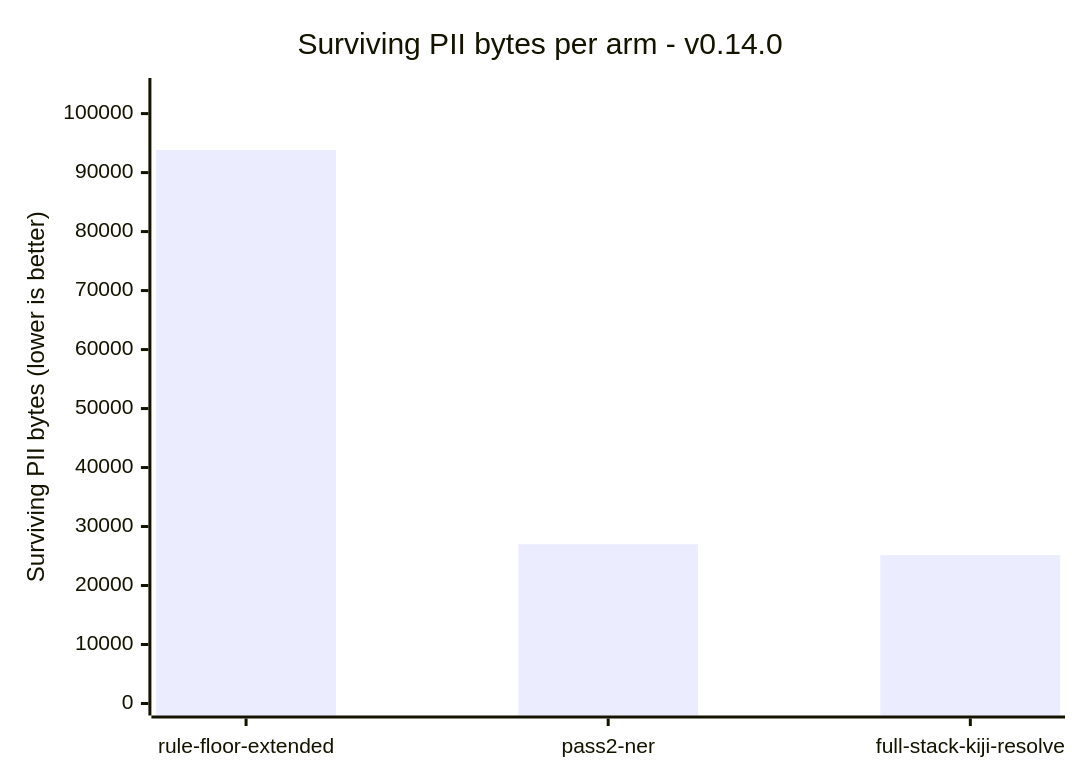
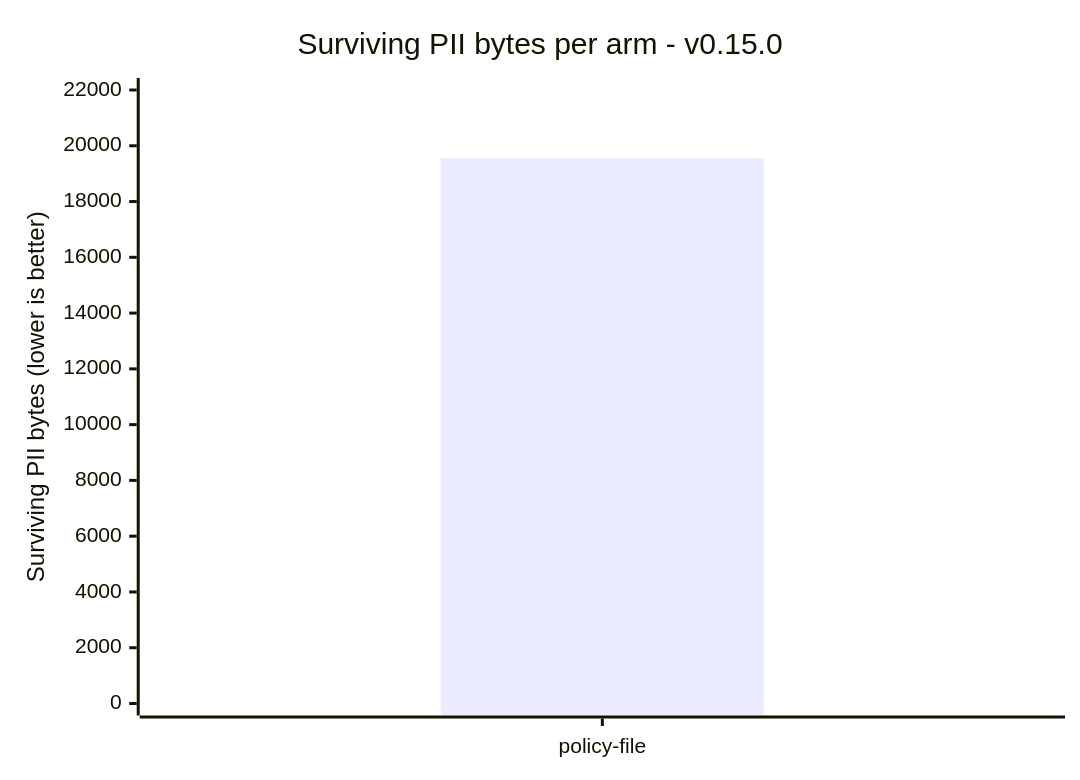
Before and after one commit to CertaMesh/gaze: the diagram in docs/reference/benchmarks/README.md, drawn with Mermaid. The commit also changed other lines of this file and 2 other files, not shown here.

First line of the commit message:
bench: v0.15.0 release benchmark row for the exact gaze setup policy

````diff
--- a/docs/reference/benchmarks/README.md
+++ b/docs/reference/benchmarks/README.md
@@ -328,7 +338,7 @@
 ```mermaid
 xychart-beta
-    title "Surviving PII bytes per arm - v0.14.0"
-    x-axis ["rule-floor-extended", "pass2-ner", "full-stack-kiji-resolve"]
-    y-axis "Surviving PII bytes (lower is better)" 0 --> 104000
-    bar [93850, 27000, 25179]
+    title "Surviving PII bytes per arm - v0.15.0"
+    x-axis ["policy-file"]
+    y-axis "Surviving PII bytes (lower is better)" 0 --> 22000
+    bar [19556]
 ```
````
